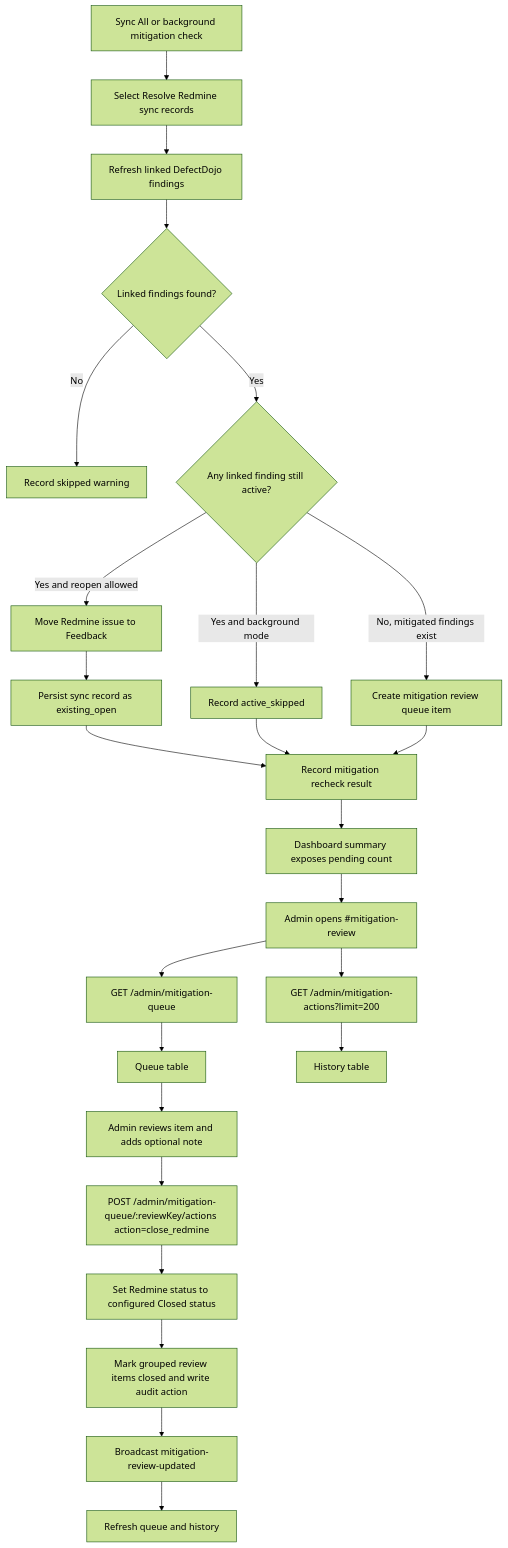
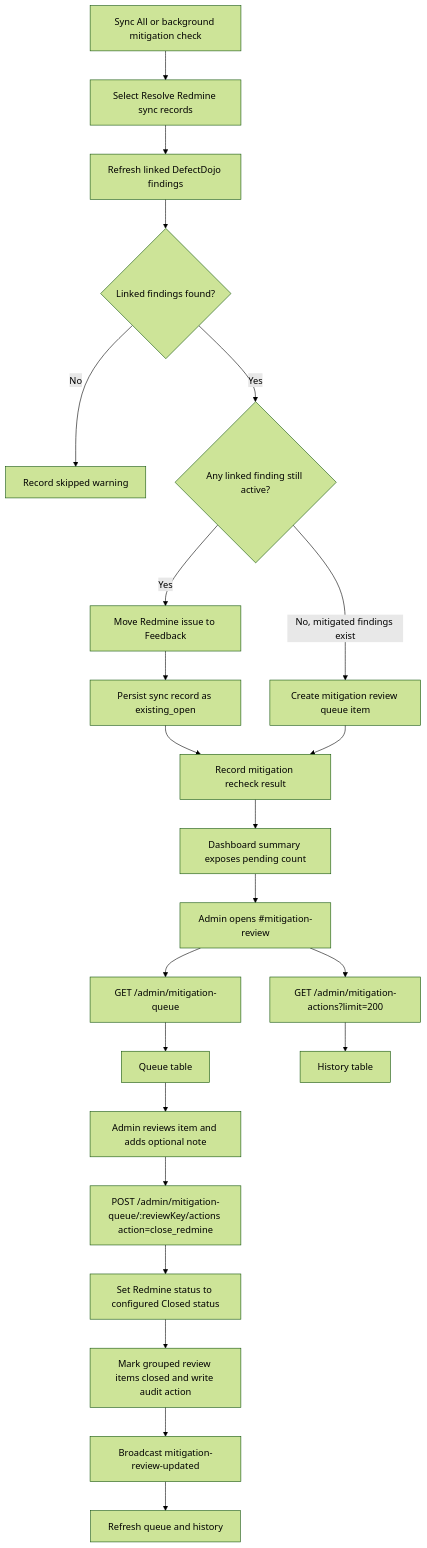
One commit to Ratthapoom681/Middleware-2.0 changed diagram 12 of 19 in apps/vulnerability/docs/feature-workflows.md. Above: the diagram before and after it, drawn with Mermaid (forest theme). The commit also changed other lines of this file and 58 other files, not shown here.

````diff
--- a/apps/vulnerability/docs/feature-workflows.md
+++ b/apps/vulnerability/docs/feature-workflows.md
@@ -306,27 +304,25 @@
 ```mermaid
 flowchart TD
   A["Sync All or background mitigation check"] --> B["Select Resolve Redmine sync records"]
   B --> C["Refresh linked DefectDojo findings"]
   C --> D{"Linked findings found?"}
   D -- "No" --> E["Record skipped warning"]
   D -- "Yes" --> F{"Any linked finding still active?"}
-  F -- "Yes and reopen allowed" --> G["Move Redmine issue to Feedback"]
+  F -- "Yes" --> G["Move Redmine issue to Feedback"]
   G --> H["Persist sync record as existing_open"]
-  F -- "Yes and background mode" --> I["Record active_skipped"]
   F -- "No, mitigated findings exist" --> J["Create mitigation review queue item"]
   H --> K["Record mitigation recheck result"]
-  I --> K
   J --> K
   K --> L["Dashboard summary exposes pending count"]
   L --> M["Admin opens #mitigation-review"]
   M --> N["GET /admin/mitigation-queue"]
   M --> O["GET /admin/mitigation-actions?limit=200"]
   N --> P["Queue table"]
   O --> Q["History table"]
   P --> R["Admin reviews item and adds optional note"]
   R --> S["POST /admin/mitigation-queue/:reviewKey/actions action=close_redmine"]
   S --> T["Set Redmine status to configured Closed status"]
   T --> U["Mark grouped review items closed and write audit action"]
   U --> V["Broadcast mitigation-review-updated"]
   V --> W["Refresh queue and history"]
 ```
````
